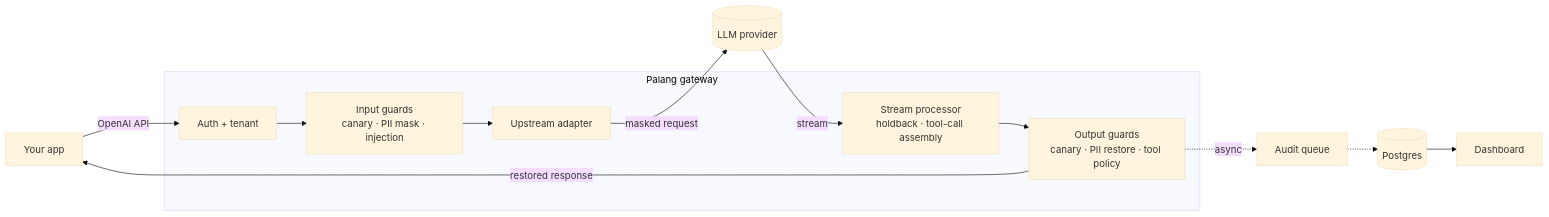
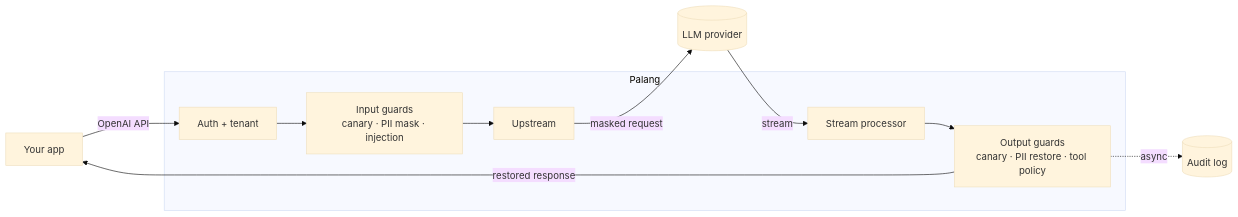
One commit to iqbalr3000/palang-ai changed the diagram in README.md. Above: the diagram before and after it, drawn with Mermaid (base theme). The commit also changed other lines of this file and 50 other files, not shown here.

````diff
--- a/README.md
+++ b/README.md
@@ -60,14 +63,13 @@
 ```mermaid
 flowchart LR
     A[Your app] -->|OpenAI API| B[Auth + tenant]
-    subgraph Palang gateway
+    subgraph Palang
         B --> C[Input guards<br/>canary · PII mask · injection]
-        C --> D[Upstream adapter]
-        E[Stream processor<br/>holdback · tool-call assembly] --> F[Output guards<br/>canary · PII restore · tool policy]
+        C --> D[Upstream]
+        E[Stream processor] --> F[Output guards<br/>canary · PII restore · tool policy]
     end
     D -->|masked request| M[(LLM provider)]
     M -->|stream| E
     F -->|restored response| A
-    F -.->|async| Q[Audit queue] -.-> P[(Postgres)]
-    P --> H[Dashboard]
+    F -.->|async| P[(Audit log)]
 ```
````
